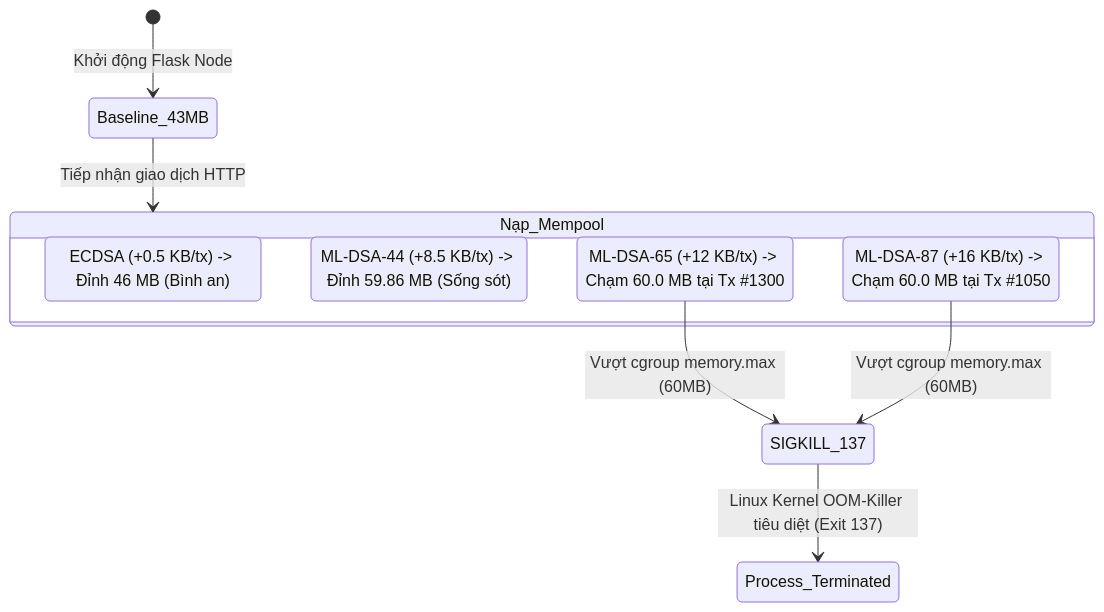
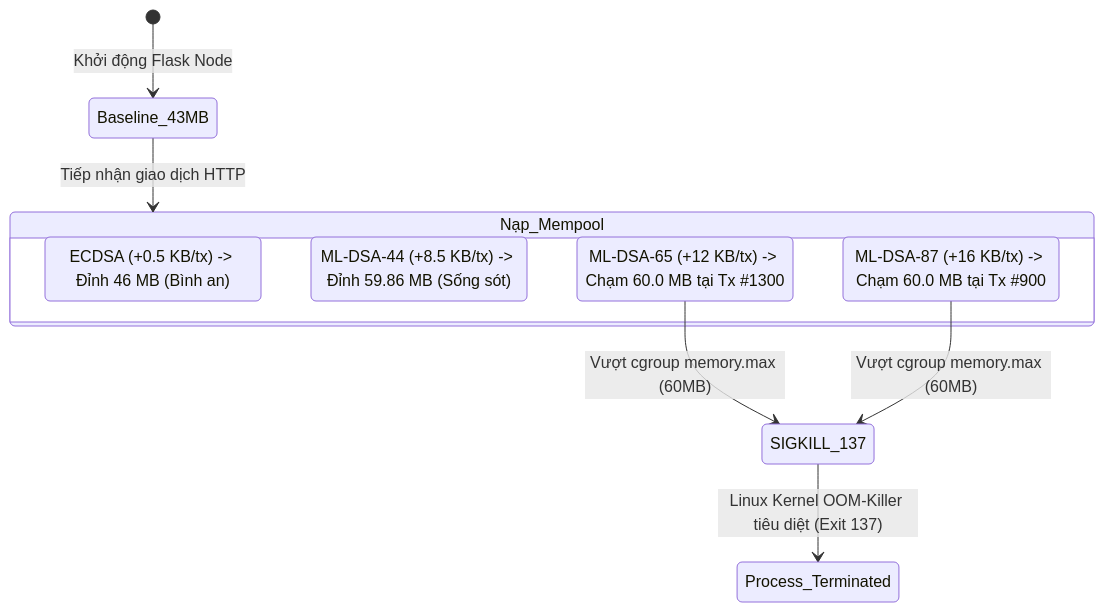
One commit to Jakiduy1410/Blockchain-CSATT changed the second of 2 diagrams in perf/note.md. Above: the diagram before and after it, drawn with Mermaid. The commit also changed other lines of this file and 5 other files, not shown here.

````diff
--- a/perf/note.md
+++ b/perf/note.md
@@ -88,16 +88,16 @@
 ```mermaid
 stateDiagram-v2
     [*] --> Baseline_43MB: Khởi động Flask Node
     Baseline_43MB --> Nạp_Mempool: Tiếp nhận giao dịch HTTP
     
     state Nạp_Mempool {
         ECDSA: ECDSA (+0.5 KB/tx) -> Đỉnh 46 MB (Bình an)
         MLDSA44: ML-DSA-44 (+8.5 KB/tx) -> Đỉnh 59.86 MB (Sống sót)
         MLDSA65: ML-DSA-65 (+12 KB/tx) -> Chạm 60.0 MB tại Tx #1300
-        MLDSA87: ML-DSA-87 (+16 KB/tx) -> Chạm 60.0 MB tại Tx #1050
+        MLDSA87: ML-DSA-87 (+16 KB/tx) -> Chạm 60.0 MB tại Tx #900
     }
 
     MLDSA65 --> SIGKILL_137: Vượt cgroup memory.max (60MB)
     MLDSA87 --> SIGKILL_137: Vượt cgroup memory.max (60MB)
     SIGKILL_137 --> Process_Terminated: Linux Kernel OOM-Killer tiêu diệt (Exit 137)
 ```
````
